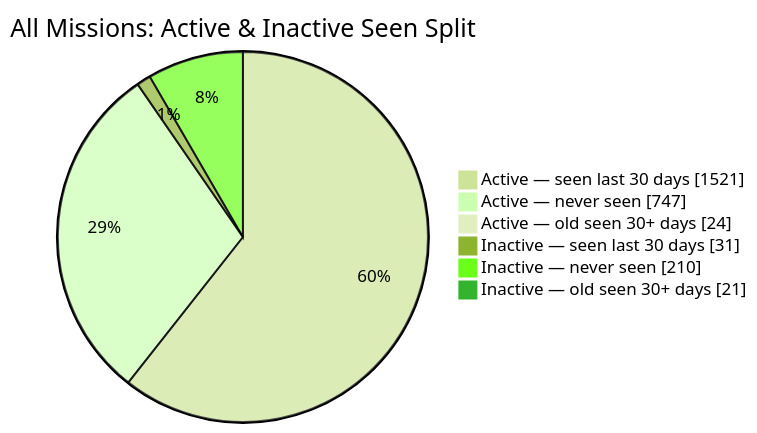
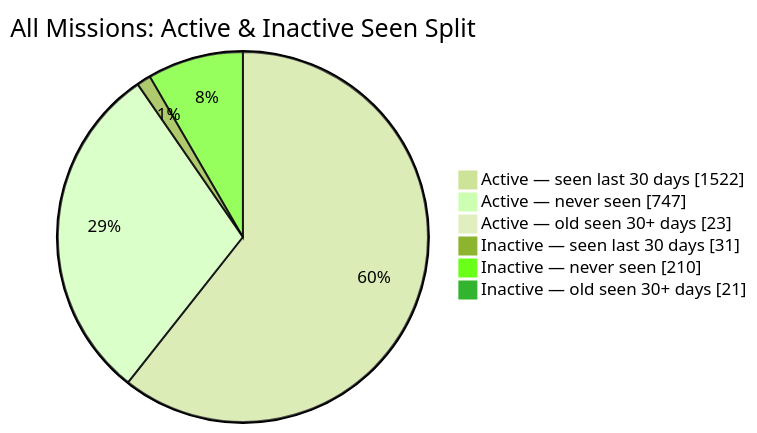
One commit to MeldkamerspelGameTeam/active-missions changed the second of 2 diagrams in README.md. Above: the diagram before and after it, drawn with Mermaid (forest theme). The commit also changed other lines of this file and 2 other files, not shown here.

````diff
--- a/README.md
+++ b/README.md
@@ -44,10 +44,10 @@
 ```mermaid
 pie showData
     title All Missions: Active & Inactive Seen Split
-    "Active — seen last 30 days" : 1521
+    "Active — seen last 30 days" : 1522
     "Active — never seen" : 747
-    "Active — old seen 30+ days" : 24
+    "Active — old seen 30+ days" : 23
     "Inactive — seen last 30 days" : 31
     "Inactive — never seen" : 210
     "Inactive — old seen 30+ days" : 21
 ```
````
